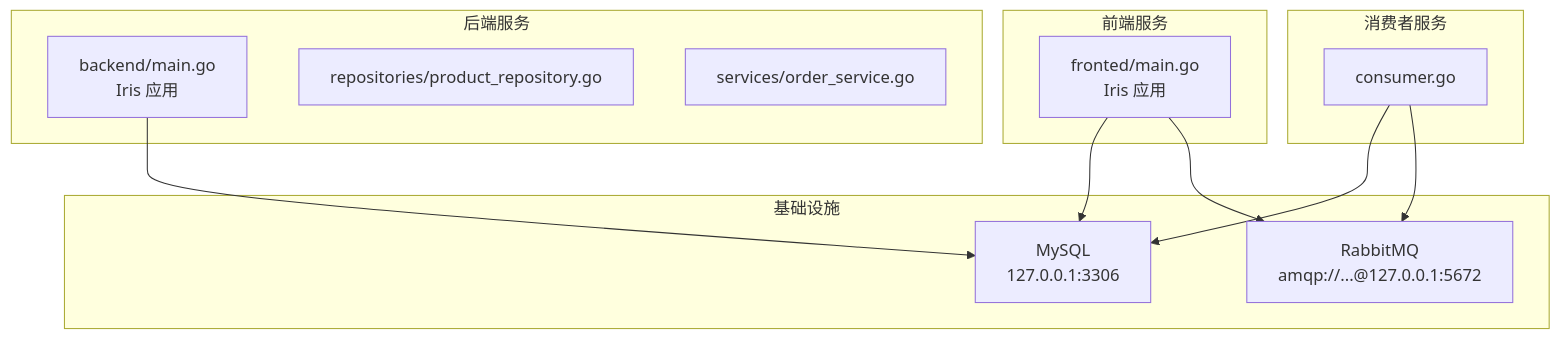
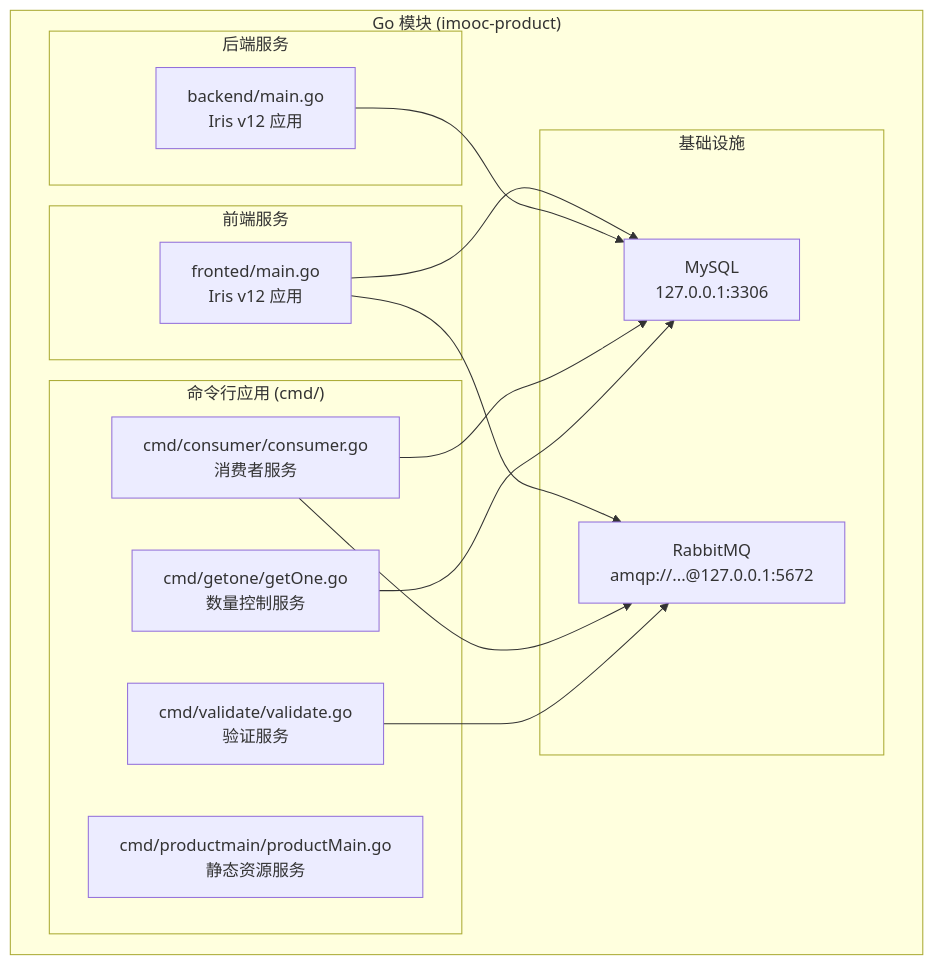
Before and after one commit to gbtdesign/e-commerce-t: the first of 8 diagrams in .qoder/repowiki/zh/content/快速开始.md, drawn with Mermaid. The commit also changed other lines of this file and 53 other files, not shown here.

````diff
--- a/.qoder/repowiki/zh/content/快速开始.md
+++ b/.qoder/repowiki/zh/content/快速开始.md
@@ -43,23 +53,28 @@
 ```mermaid
 graph TB
+subgraph "Go 模块 (imooc-product)"
 subgraph "后端服务"
-BE["backend/main.go<br/>Iris 应用"]
-RepoP["repositories/product_repository.go"]
-SvcO["services/order_service.go"]
+BE["backend/main.go<br/>Iris v12 应用"]
 end
 subgraph "前端服务"
-FE["fronted/main.go<br/>Iris 应用"]
+FE["fronted/main.go<br/>Iris v12 应用"]
 end
-subgraph "消费者服务"
-CONSUMER["consumer.go"]
+subgraph "命令行应用 (cmd/)"
+CONSUMER["cmd/consumer/consumer.go<br/>消费者服务"]
+PRODUCTMAIN["cmd/productmain/productMain.go<br/>静态资源服务"]
+GETONE["cmd/getone/getOne.go<br/>数量控制服务"]
+VALIDATE["cmd/validate/validate.go<br/>验证服务"]
 end
 subgraph "基础设施"
 DB["MySQL<br/>127.0.0.1:3306"]
 MQ["RabbitMQ<br/>amqp://...@127.0.0.1:5672"]
+end
 end
 FE --> DB
 FE --> MQ
 BE --> DB
 CONSUMER --> DB
 CONSUMER --> MQ
+GETONE --> DB
+VALIDATE --> MQ
 ```
````
